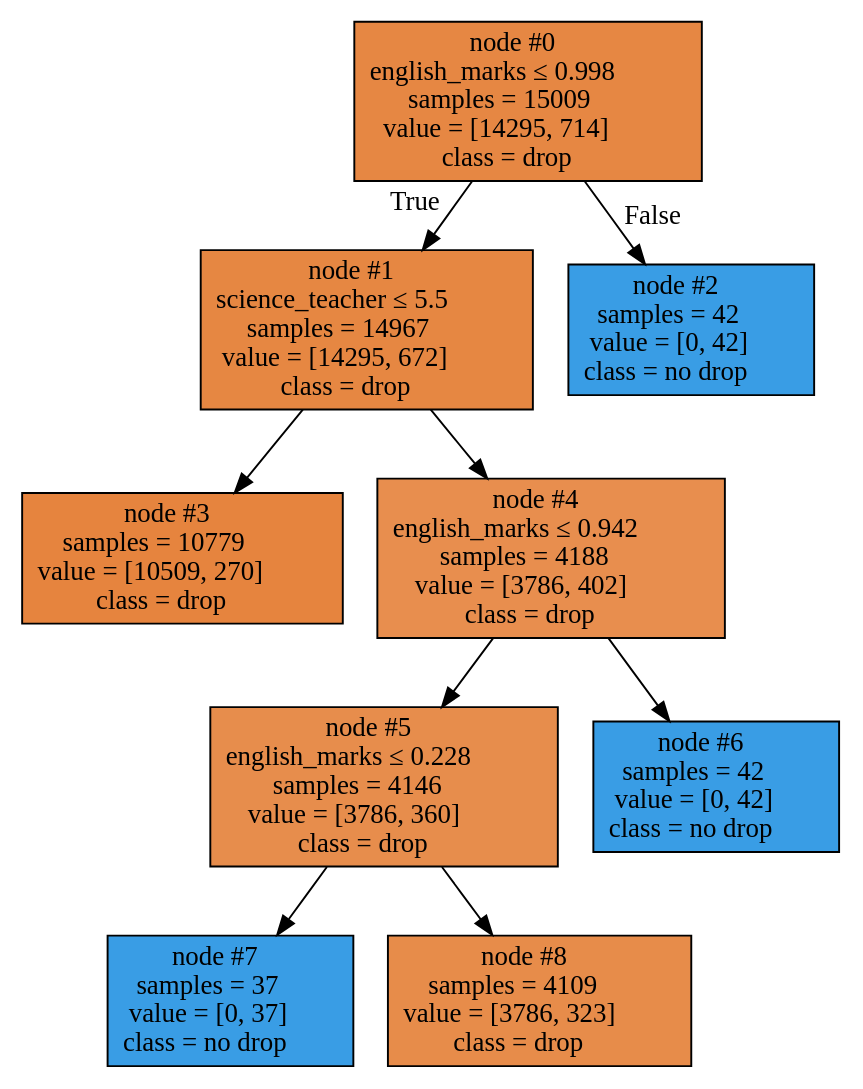
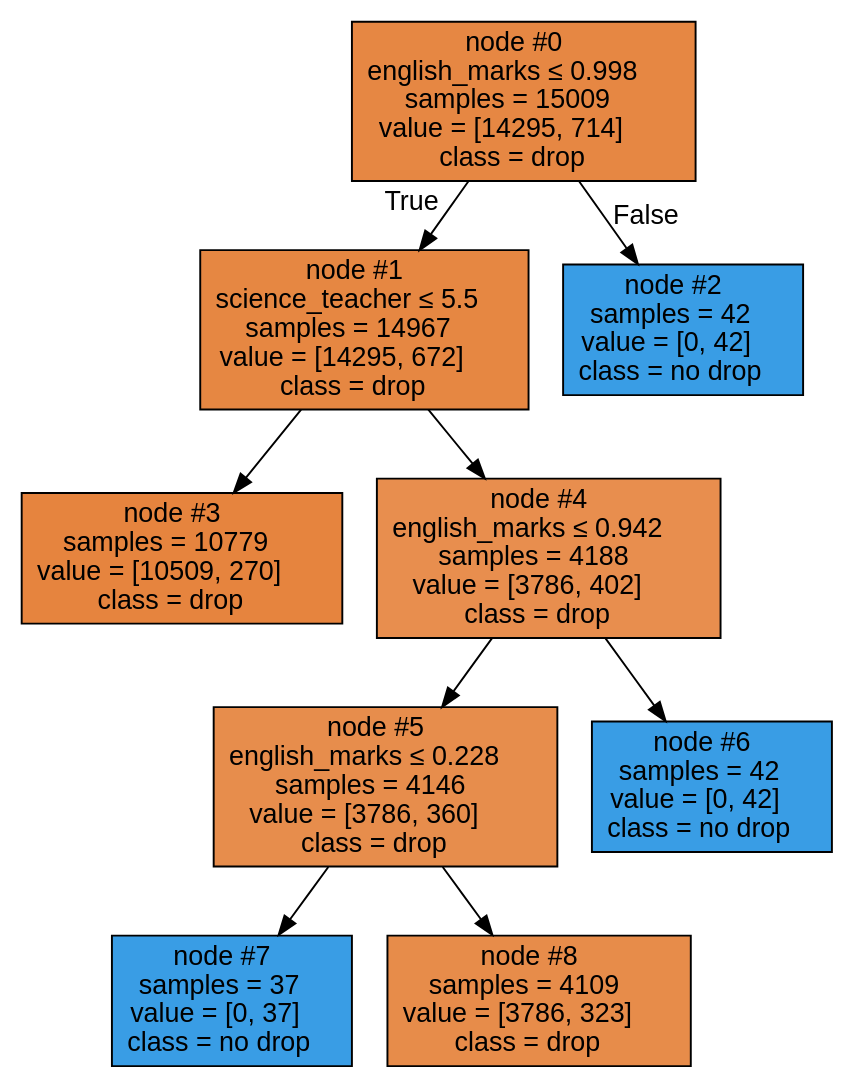
Before and after one commit to loksundar/student-dropout: the diagram in dtree.dot, drawn with Graphviz. The commit also changed 11 other files, not shown here.

```diff
--- a/dtree.dot
+++ b/dtree.dot
@@ -1,20 +1,21 @@
 digraph Tree {
-node [shape=box, style="filled", color="black"] ;
+node [shape=box, style="filled", color="black", fontname="helvetica"] ;
+edge [fontname="helvetica"] ;
 0 [label=<node &#35;0<br/>english_marks &le; 0.998<br/>samples = 15009<br/>value = [14295, 714]<br/>class = drop>, fillcolor="#e68743"] ;
 1 [label=<node &#35;1<br/>science_teacher &le; 5.5<br/>samples = 14967<br/>value = [14295, 672]<br/>class = drop>, fillcolor="#e68742"] ;
 0 -> 1 [labeldistance=2.5, labelangle=45, headlabel="True"] ;
 3 [label=<node &#35;3<br/>samples = 10779<br/>value = [10509, 270]<br/>class = drop>, fillcolor="#e6843e"] ;
 1 -> 3 ;
 4 [label=<node &#35;4<br/>english_marks &le; 0.942<br/>samples = 4188<br/>value = [3786, 402]<br/>class = drop>, fillcolor="#e88e4e"] ;
 1 -> 4 ;
 5 [label=<node &#35;5<br/>english_marks &le; 0.228<br/>samples = 4146<br/>value = [3786, 360]<br/>class = drop>, fillcolor="#e78d4c"] ;
 4 -> 5 ;
 7 [label=<node &#35;7<br/>samples = 37<br/>value = [0, 37]<br/>class = no drop>, fillcolor="#399de5"] ;
 5 -> 7 ;
 8 [label=<node &#35;8<br/>samples = 4109<br/>value = [3786, 323]<br/>class = drop>, fillcolor="#e78c4a"] ;
 5 -> 8 ;
 6 [label=<node &#35;6<br/>samples = 42<br/>value = [0, 42]<br/>class = no drop>, fillcolor="#399de5"] ;
 4 -> 6 ;
 2 [label=<node &#35;2<br/>samples = 42<br/>value = [0, 42]<br/>class = no drop>, fillcolor="#399de5"] ;
 0 -> 2 [labeldistance=2.5, labelangle=-45, headlabel="False"] ;
 }
```
